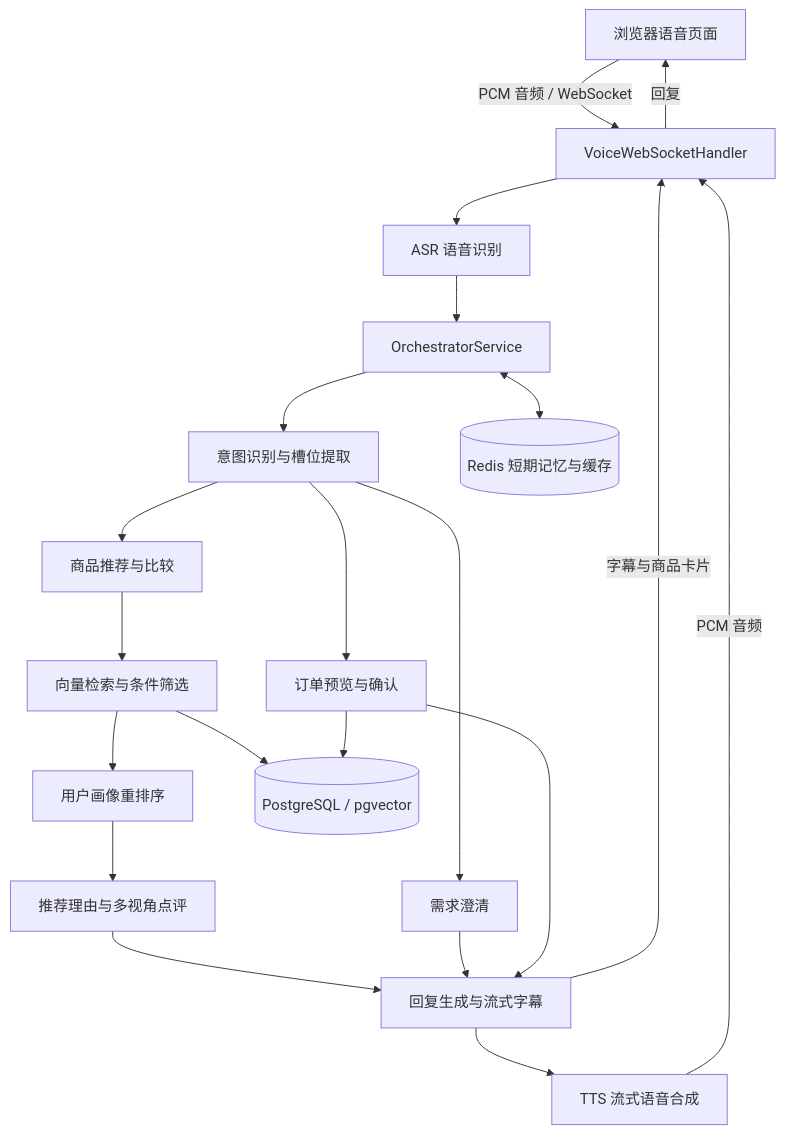
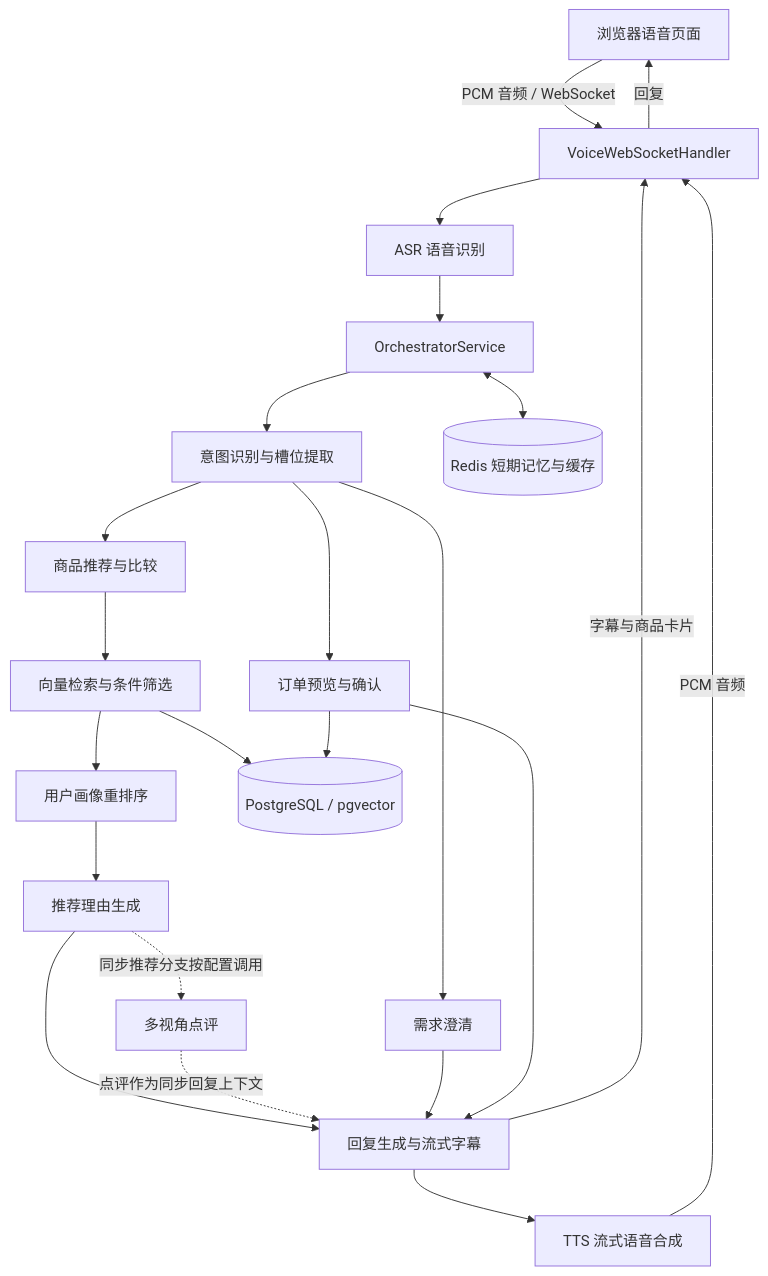
One commit to ZhaoYJ9/voice-shopping changed the diagram in README.md. Above: the diagram before and after it, drawn with Mermaid. The commit also changed other lines of this file, not shown here.

````diff
--- a/README.md
+++ b/README.md
@@ -65,23 +65,25 @@
 ```mermaid
 flowchart TD
     Browser[浏览器语音页面] -->|PCM 音频 / WebSocket| WS[VoiceWebSocketHandler]
     WS --> ASR[ASR 语音识别]
     ASR --> Orchestrator[OrchestratorService]
     Orchestrator --> Intent[意图识别与槽位提取]
     Intent --> Clarify[需求澄清]
     Intent --> Recommend[商品推荐与比较]
     Intent --> Order[订单预览与确认]
     Recommend --> Retrieve[向量检索与条件筛选]
     Retrieve --> Rerank[用户画像重排序]
-    Rerank --> Reason[推荐理由与多视角点评]
+    Rerank --> Reason[推荐理由生成]
+    Reason -. 同步推荐分支按配置调用 .-> Perspective[多视角点评]
     Orchestrator <--> Redis[(Redis 短期记忆与缓存)]
     Retrieve --> PG[(PostgreSQL / pgvector)]
     Order --> PG
     Reason --> Response[回复生成与流式字幕]
+    Perspective -. 点评作为同步回复上下文 .-> Response
     Clarify --> Response
     Order --> Response
     Response --> TTS[TTS 流式语音合成]
     Response -->|字幕与商品卡片| WS
     TTS -->|PCM 音频| WS
     WS -->|回复| Browser
 ```
````
